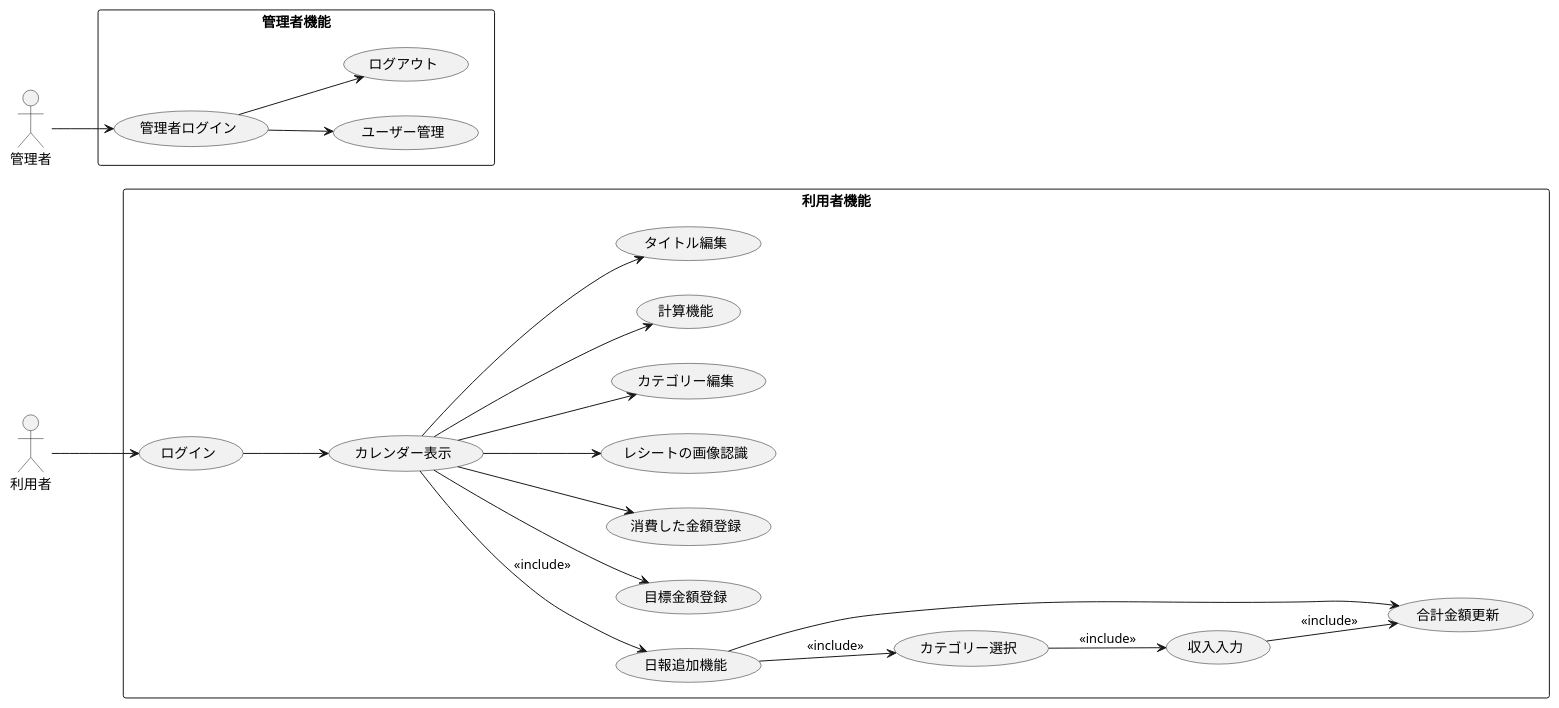
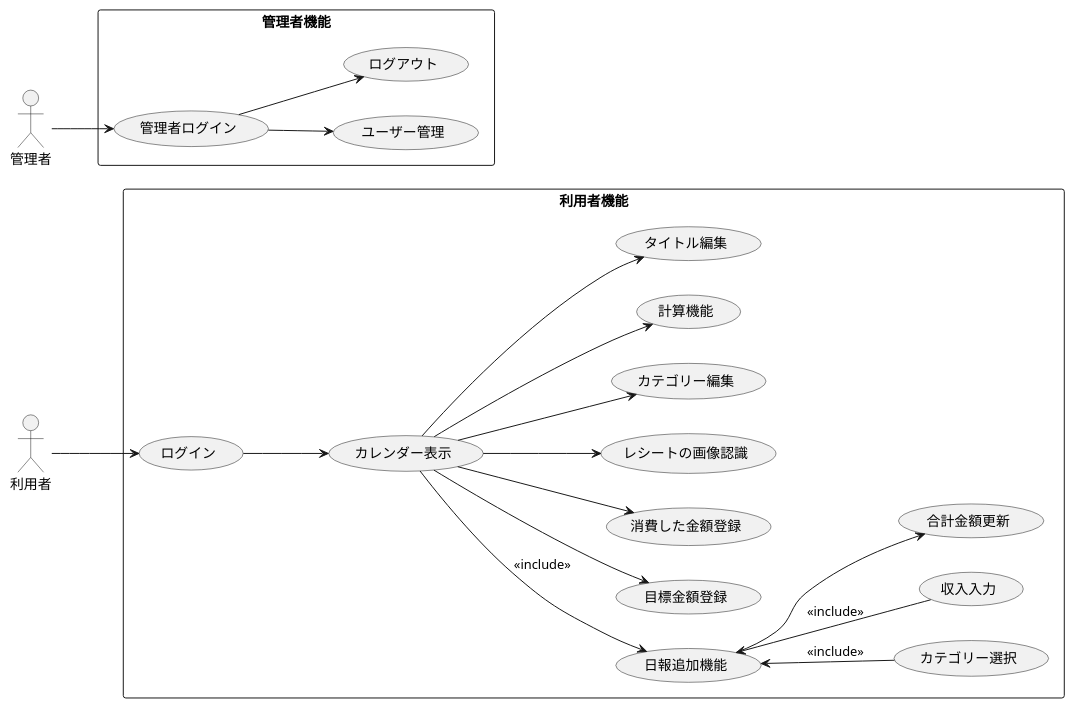
Before and after one commit to masakan590/uml-introduction: the diagram in test.pu, drawn with PlantUML.

Commit message:
追加

```diff
--- a/test.pu
+++ b/test.pu
@@ -1,50 +1,50 @@
 @startuml
 left to right direction
 actor 利用者 as user
 actor 管理者 as admin
 
 rectangle 利用者機能 {
   usecase ログイン as login
   usecase カレンダー表示 as show_calendar
   usecase 日報作成 as create_report
   usecase カテゴリー選択 as select_category_input
   usecase 収入入力 as sup_input
   usecase 合計金額更新 as update_total
   usecase 目標金額登録 as set_goal
   usecase 消費した金額登録 as add_expense
   usecase レシートの画像認識 as image_recognition
   usecase カテゴリー編集 as manage_category
   usecase 計算機能 as calculations
   usecase タイトル編集 as edit_title
   usecase 日報追加機能 as create_report
   
   
   user --> login
   login --> show_calendar
   show_calendar --> set_goal
   show_calendar --> add_expense
   show_calendar --> image_recognition
   show_calendar --> manage_category
   show_calendar --> calculations
   show_calendar --> edit_title
   show_calendar --> create_report :<<include>>
-  create_report --> select_category_input :<<include>>
-  select_category_input --> sup_input :<<include>>
-  sup_input --> update_total :<<include>>
-  create_report --> update_total 
+  create_report <-- select_category_input :<<include>>
+  create_report <-- sup_input :<<include>>
+  create_report --> update_total
+  
 }
 
 
 
 rectangle 管理者機能 {
   usecase 管理者ログイン as admin_login
   usecase ユーザー管理 as user_kan
   usecase ログアウト as account_logout
 
   admin --> admin_login
   admin_login --> user_kan
   admin_login --> account_logout
 }
 
 
 @enduml
```
